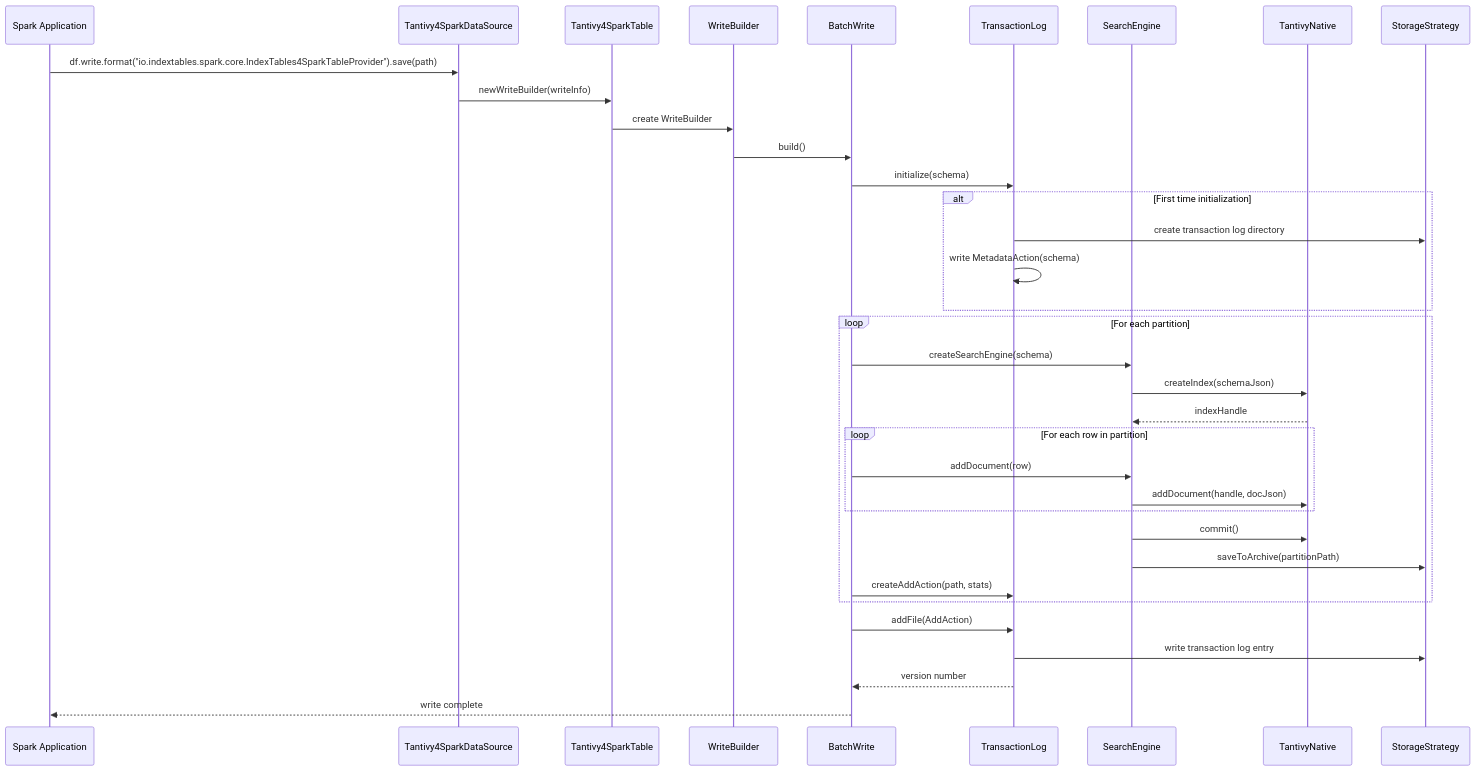
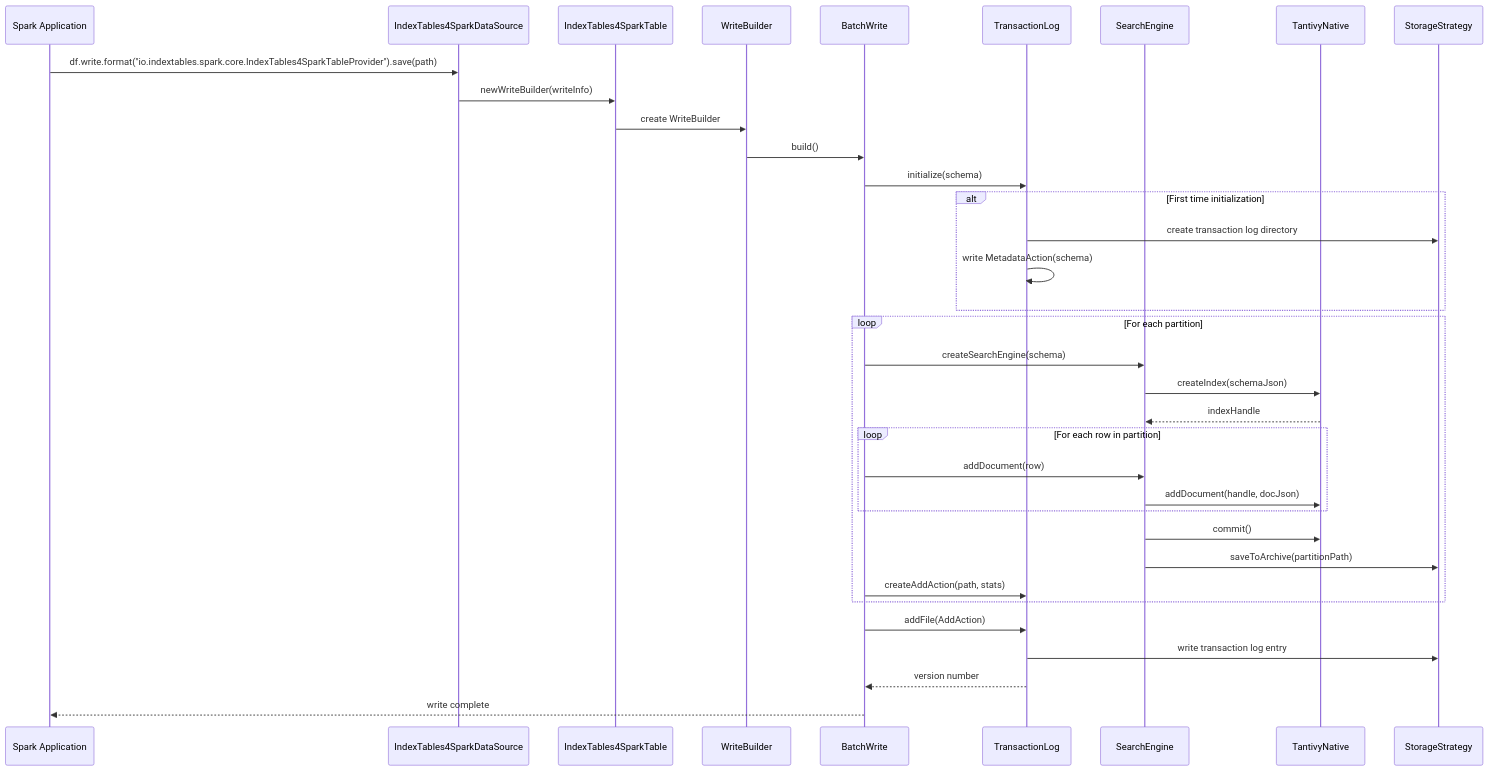
Before and after one commit to indextables/indextables_spark: the fifth of 13 diagrams in docs/UML_DIAGRAMS.md, drawn with Mermaid. The commit also changed other lines of this file and 10 other files, not shown here.

````diff
--- a/docs/UML_DIAGRAMS.md
+++ b/docs/UML_DIAGRAMS.md
@@ -448,43 +448,43 @@
 ```mermaid
 sequenceDiagram
     participant Client as Spark Application
-    participant DS as Tantivy4SparkDataSource
-    participant Table as Tantivy4SparkTable
+    participant DS as IndexTables4SparkDataSource
+    participant Table as IndexTables4SparkTable
     participant WB as WriteBuilder
     participant BatchWrite as BatchWrite
     participant TL as TransactionLog
     participant SE as SearchEngine
     participant JNI as TantivyNative
     participant Storage as StorageStrategy
 
     Client->>DS: df.write.format("io.indextables.spark.core.IndexTables4SparkTableProvider").save(path)
     DS->>Table: newWriteBuilder(writeInfo)
     Table->>WB: create WriteBuilder
     WB->>BatchWrite: build()
     BatchWrite->>TL: initialize(schema)
     
     alt First time initialization
         TL->>Storage: create transaction log directory
         TL->>TL: write MetadataAction(schema)
     end
 
     loop For each partition
         BatchWrite->>SE: createSearchEngine(schema)
         SE->>JNI: createIndex(schemaJson)
         JNI-->>SE: indexHandle
         
         loop For each row in partition
             BatchWrite->>SE: addDocument(row)
             SE->>JNI: addDocument(handle, docJson)
         end
         
         SE->>JNI: commit()
         SE->>Storage: saveToArchive(partitionPath)
         BatchWrite->>TL: createAddAction(path, stats)
     end
 
     BatchWrite->>TL: addFile(AddAction)
     TL->>Storage: write transaction log entry
     TL-->>BatchWrite: version number
     BatchWrite-->>Client: write complete
 ```
````
